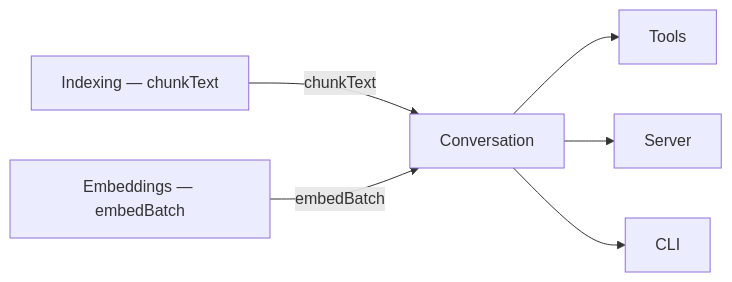
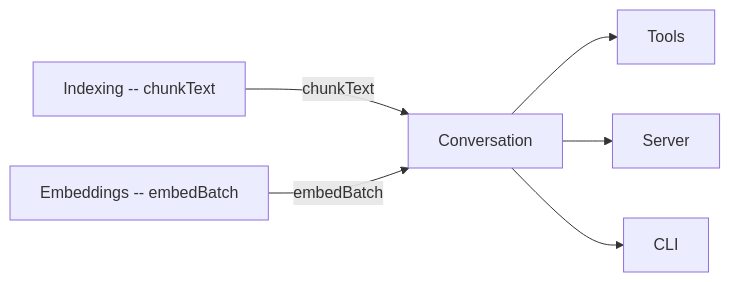
The second of 2 diagrams in wiki/modules/conversation/index.md (TheWinci/mimirs), drawn with Mermaid before and after one commit. The commit also changed other lines of this file and 27 other files, not shown here.

````diff
--- a/wiki/modules/conversation/index.md
+++ b/wiki/modules/conversation/index.md
@@ -61,15 +64,15 @@
 ```mermaid
 flowchart LR
-  indexingMod["Indexing — chunkText"]
-  embeddingsMod["Embeddings — embedBatch"]
+  indexingMod["Indexing -- chunkText"]
+  embeddingsMod["Embeddings -- embedBatch"]
   convMod["Conversation"]
   toolsMod["Tools"]
   serverMod["Server"]
   cliMod["CLI"]
 
   indexingMod -->|chunkText| convMod
   embeddingsMod -->|embedBatch| convMod
   convMod --> toolsMod
   convMod --> serverMod
   convMod --> cliMod
 ```
````
